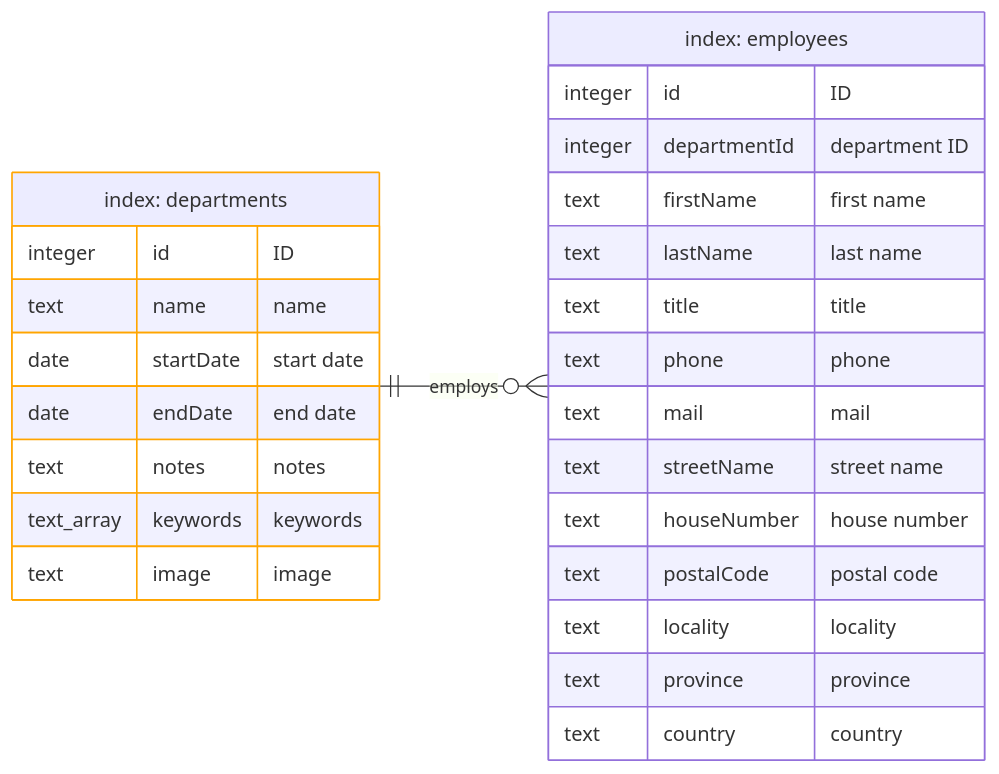
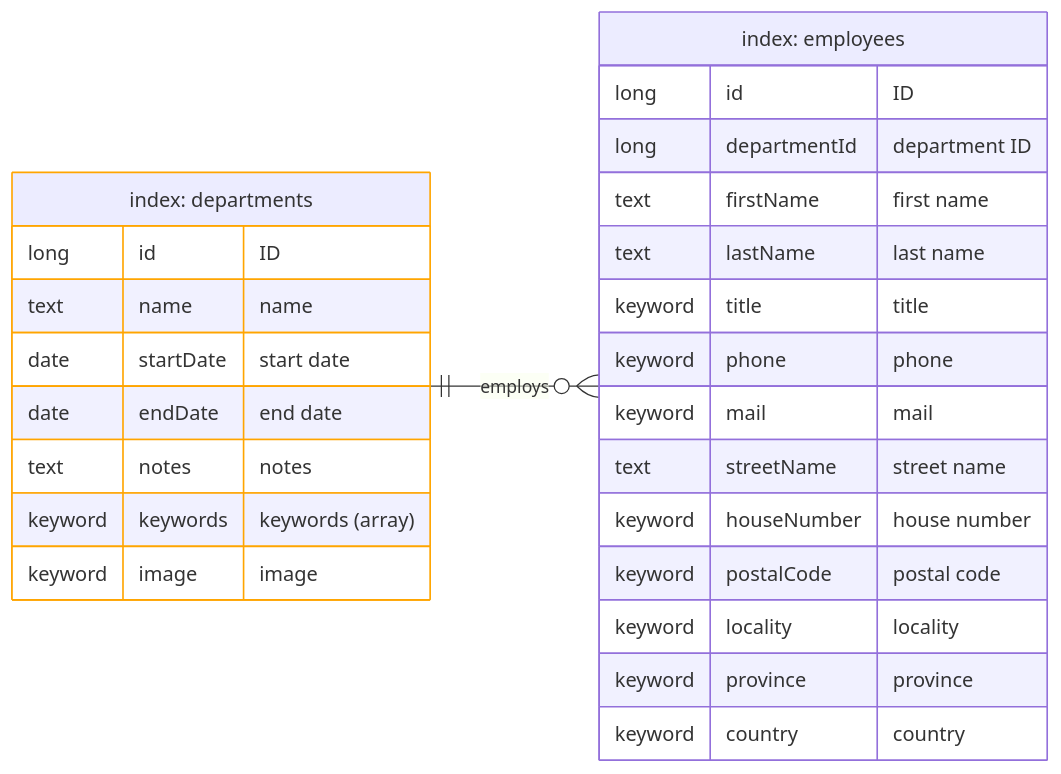
The diagram in docs/mermaid/entityRelationshipElasticsearch.md (k1729p/Study28), drawn with Mermaid before and after one commit.

````diff
--- a/docs/mermaid/entityRelationshipElasticsearch.md
+++ b/docs/mermaid/entityRelationshipElasticsearch.md
@@ -3,33 +3,33 @@
 ```mermaid
 erDiagram
 direction LR
 %% Entities
-    DEP["index: departments"] {
-        integer id "ID"
-        text name "name"
-        date startDate "start date"
-        date endDate "end date"
-        text notes "notes"
-        text_array keywords "keywords"
-        text image "image"
-    }
-    EMP["index: employees"] {
-        integer id "ID"
-        integer departmentId "department ID"
-        text firstName "first name"
-        text lastName "last name"
-        text title "title"
-        text phone "phone"
-        text mail "mail"
-        text streetName "street name"
-        text houseNumber "house number"
-        text postalCode "postal code"
-        text locality "locality"
-        text province "province"
-        text country "country"
-    }
+  DEP["index: departments"] {
+    long id "ID"
+    text name "name"
+    date startDate "start date"
+    date endDate "end date"
+    text notes "notes"
+    keyword keywords "keywords (array)"
+    keyword image "image"
+  }
+  EMP["index: employees"] {
+    long id "ID"
+    long departmentId "department ID"
+    text firstName "first name"
+    text lastName "last name"
+    keyword title "title"
+    keyword phone "phone"
+    keyword mail "mail"
+    text streetName "street name"
+    keyword houseNumber "house number"
+    keyword postalCode "postal code"
+    keyword locality "locality"
+    keyword province "province"
+    keyword country "country"
+  }
 %% Relationships 
-    DEP ||--o{ EMP: employs
+  DEP ||--o{ EMP: employs
 %%  Styles
-    style DEP stroke:orange
+  style DEP stroke:orange
 ```
````
